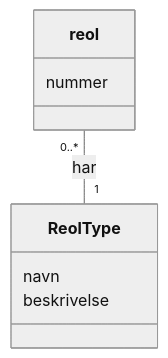
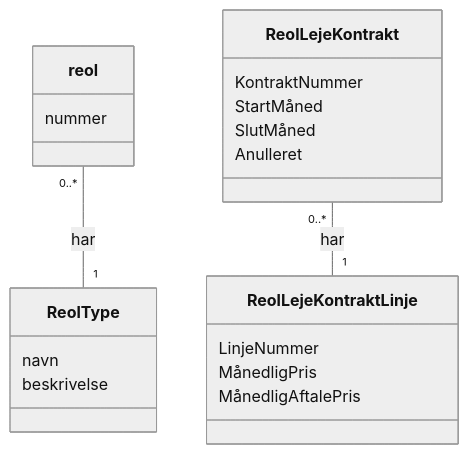
Before and after one commit to DMOoF25-TEAM11/ShelfMarket: the diagram in docs/DomainModel.mmd, drawn with Mermaid (neutral theme). The commit also changed 11 other files, not shown here.

```diff
--- a/docs/DomainModel.mmd
+++ b/docs/DomainModel.mmd
@@ -1,10 +1,24 @@
 classDiagram
     class reol {
         nummer
     }
     class ReolType {
         navn
         beskrivelse
     }
 
+    class ReolLejeKontrakt {
+        KontraktNummer
+        StartMåned
+        SlutMåned
+        Anulleret
+    }
+
+    class ReolLejeKontraktLinje {
+        LinjeNummer
+        MånedligPris
+        MånedligAftalePris
+    }
+
     reol "0..*" -- "1" ReolType : har
+    ReolLejeKontrakt "0..*" -- "1" ReolLejeKontraktLinje : har
```
